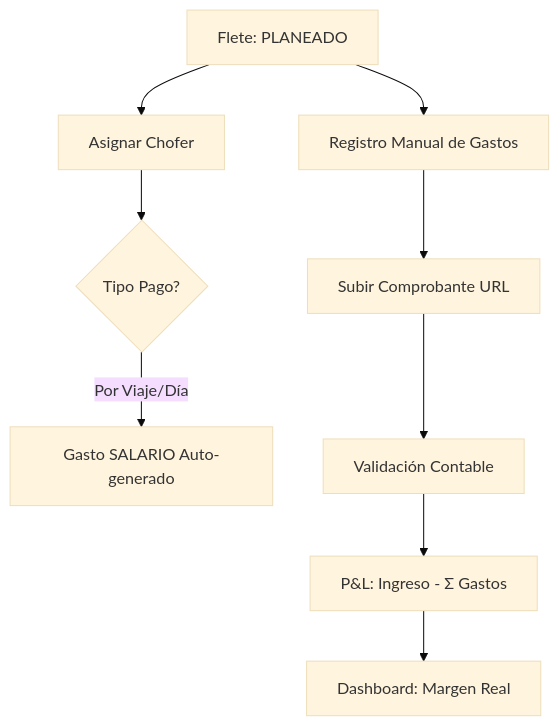
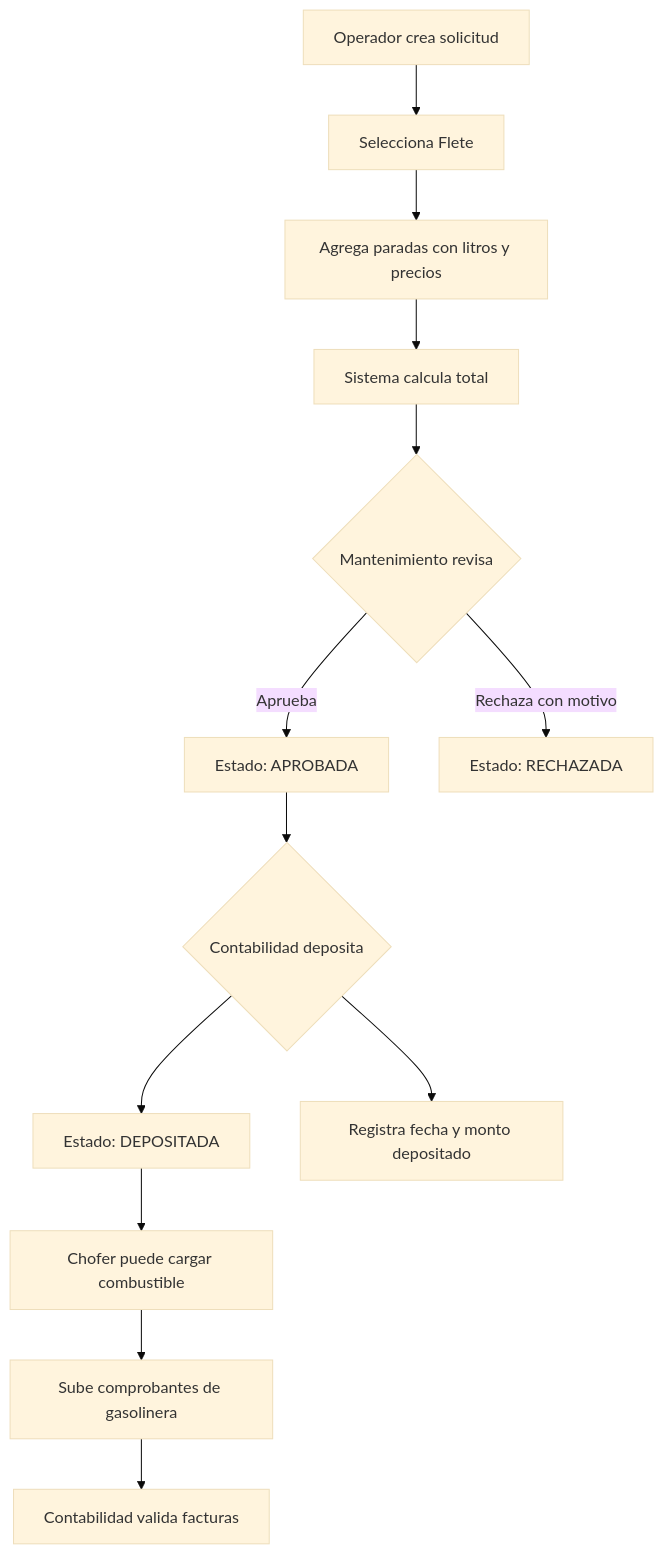
The fourth of 5 diagrams in README.md (DESARROLLOSROD/LogiProfit), drawn with Mermaid (base theme) before and after one commit. The commit also changed other lines of this file, not shown here.

Commit message:
docs: Enhance README with detailed architecture, tech stack, features, module descriptions, and diagrams.

````diff
--- a/README.md
+++ b/README.md
@@ -53,11 +371,18 @@
 ```mermaid
 graph TD
-    A[Flete: PLANEADO] --> B[Asignar Chofer]
-    B --> C{Tipo Pago?}
-    C -->|Por Viaje/Día| D[Gasto SALARIO Auto-generado]
-    A --> E[Registro Manual de Gastos]
-    E --> F[Subir Comprobante URL]
-    F --> G[Validación Contable]
-    G --> H[P&L: Ingreso - Σ Gastos]
-    H --> I[Dashboard: Margen Real]
+    A[Operador crea solicitud] --> B[Selecciona Flete]
+    B --> C[Agrega paradas con litros y precios]
+    C --> D[Sistema calcula total]
+    D --> E{Mantenimiento revisa}
+
+    E -->|Aprueba| F[Estado: APROBADA]
+    E -->|Rechaza con motivo| G[Estado: RECHAZADA]
+
+    F --> H{Contabilidad deposita}
+    H --> I[Estado: DEPOSITADA]
+    H --> J[Registra fecha y monto depositado]
+
+    I --> K[Chofer puede cargar combustible]
+    K --> L[Sube comprobantes de gasolinera]
+    L --> M[Contabilidad valida facturas]
 ```
````
